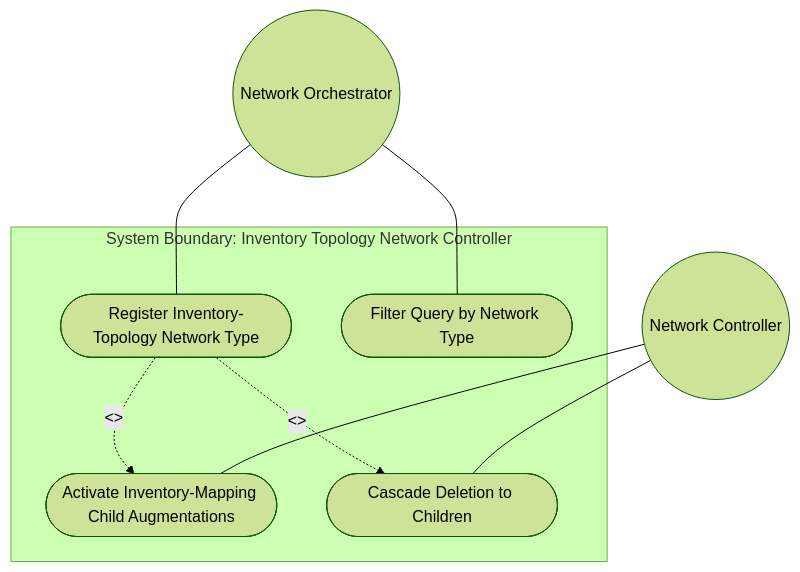
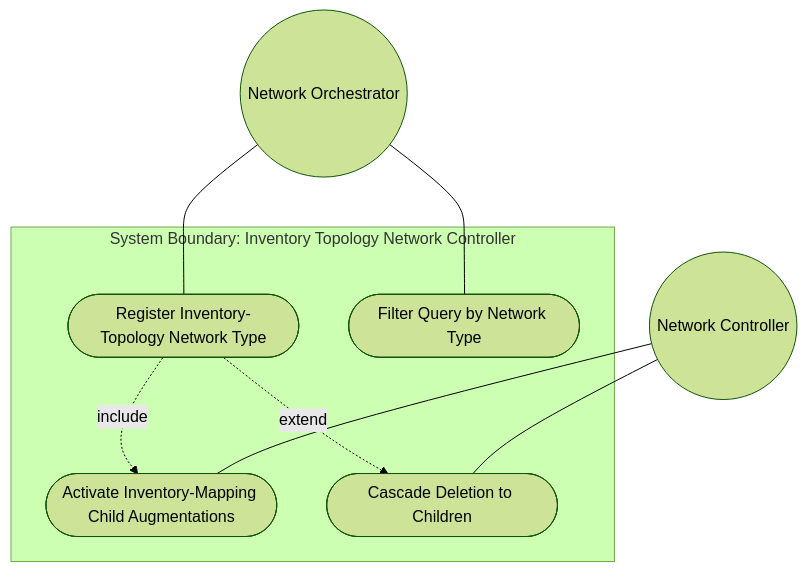
The first of 2 diagrams in docs/use-cases/uc-14-register-inventory-topology-network-type.md (gintatkinson/3dgs-030), drawn with Mermaid (forest theme) before and after one commit. The commit also changed 17 other files, not shown here.

Commit message:
docs: fix Mermaid UML rendering in all 18 use cases -- remove <<include>>/<<extend>> angle brackets causing GitHub renderer failure

````diff
--- a/docs/use-cases/uc-14-register-inventory-topology-network-type.md
+++ b/docs/use-cases/uc-14-register-inventory-topology-network-type.md
@@ -74,15 +74,15 @@
 ```mermaid
 graph TD
     subgraph "System Boundary: Inventory Topology Network Controller"
         UC_Reg([Register Inventory-Topology Network Type])
         UC_Activate([Activate Inventory-Mapping Child Augmentations])
         UC_Filter([Filter Query by Network Type])
         UC_Cascade([Cascade Deletion to Children])
     end
     Orchestrator((Network Orchestrator)) --- UC_Reg
     Orchestrator --- UC_Filter
-    UC_Reg -. "<<include>>" .-> UC_Activate
-    UC_Reg -. "<<extend>>" .-> UC_Cascade
+    UC_Reg -. "include" .-> UC_Activate
+    UC_Reg -. "extend" .-> UC_Cascade
     NwController((Network Controller)) --- UC_Activate
     NwController --- UC_Cascade
 ```
````
